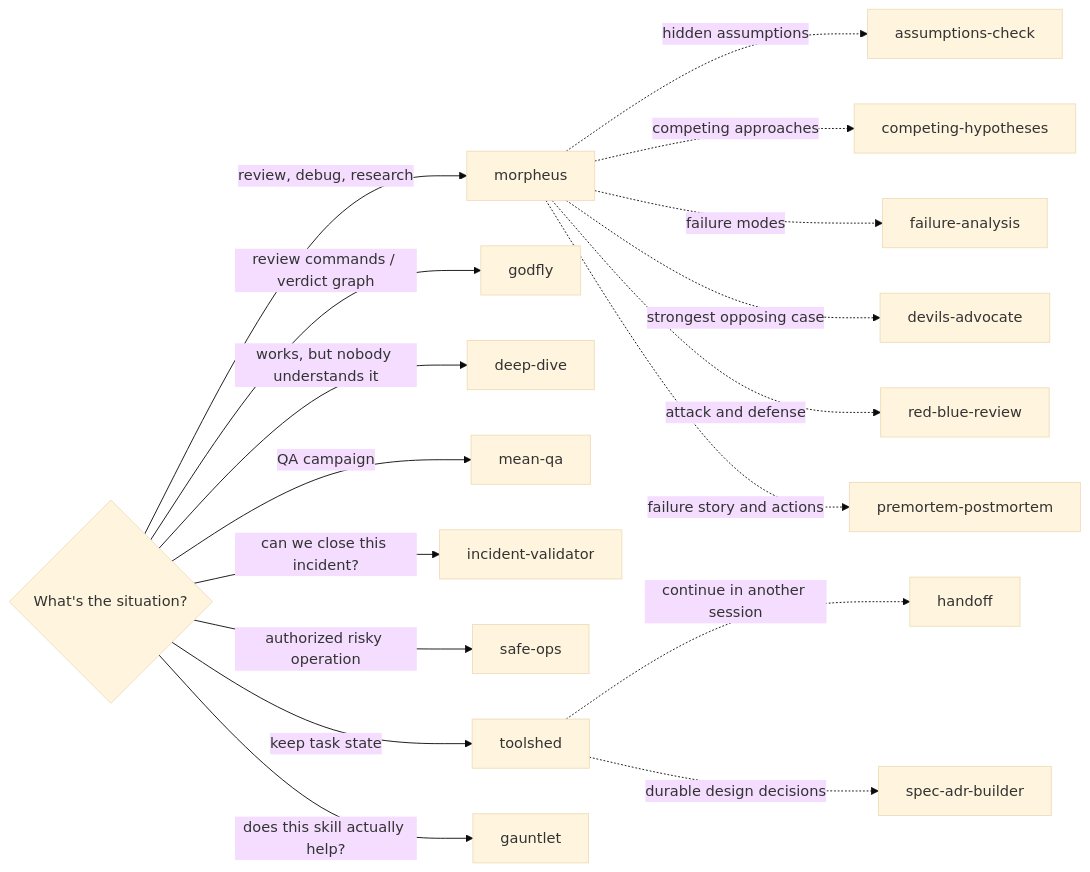
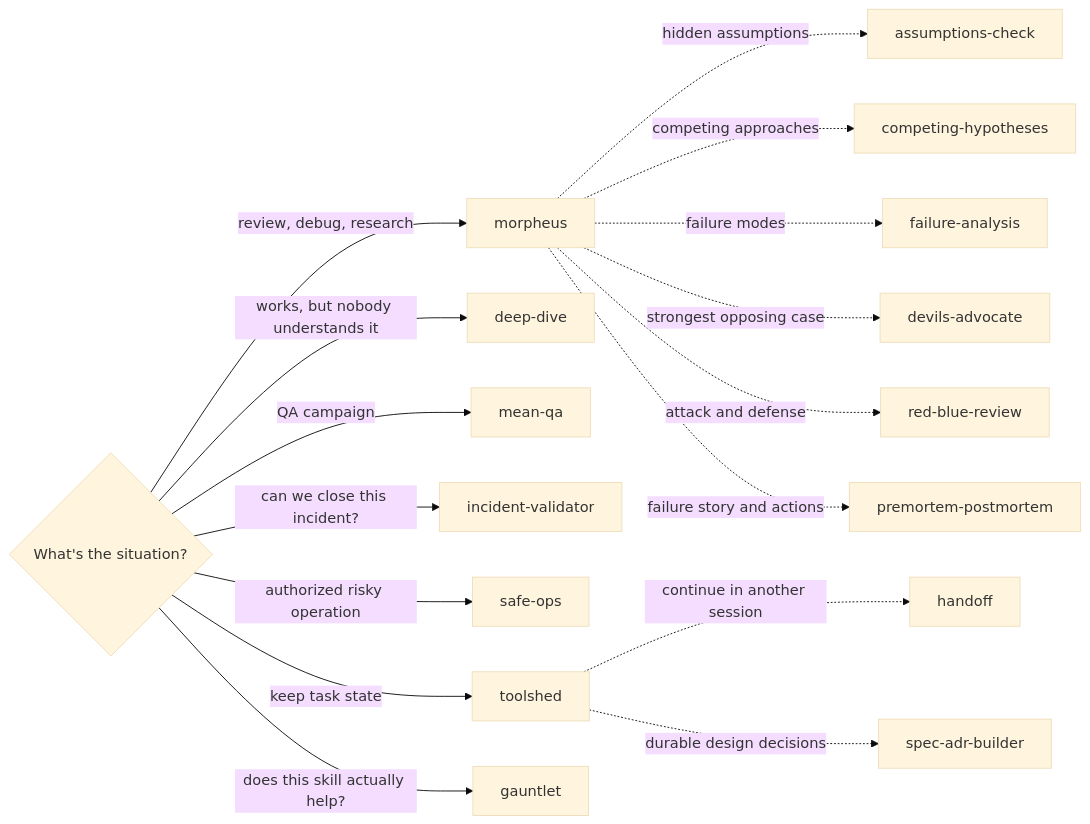
The diagram in README.md (CassioRoos/godfly-skills), drawn with Mermaid (base theme) before and after one commit. The commit also changed other lines of this file and 6 other files, not shown here.

````diff
--- a/README.md
+++ b/README.md
@@ -47,21 +45,20 @@
 ```mermaid
 flowchart LR
     Q{"What's the situation?"}
     Q -->|"review, debug, research"| M["morpheus"]
-    Q -->|"review commands / verdict graph"| G["godfly"]
     Q -->|"works, but nobody understands it"| DD["deep-dive"]
     Q -->|"QA campaign"| MQ["mean-qa"]
     Q -->|"can we close this incident?"| IV["incident-validator"]
     Q -->|"authorized risky operation"| SO["safe-ops"]
     Q -->|"keep task state"| TS["toolshed"]
     Q -->|"does this skill actually help?"| GA["gauntlet"]
 
     M -. "hidden assumptions" .-> AC["assumptions-check"]
     M -. "competing approaches" .-> CH["competing-hypotheses"]
     M -. "failure modes" .-> FA["failure-analysis"]
     M -. "strongest opposing case" .-> DA["devils-advocate"]
     M -. "attack and defense" .-> RB["red-blue-review"]
     M -. "failure story and actions" .-> PP["premortem-postmortem"]
     TS -. "continue in another session" .-> HO["handoff"]
     TS -. "durable design decisions" .-> SA["spec-adr-builder"]
 ```
````
